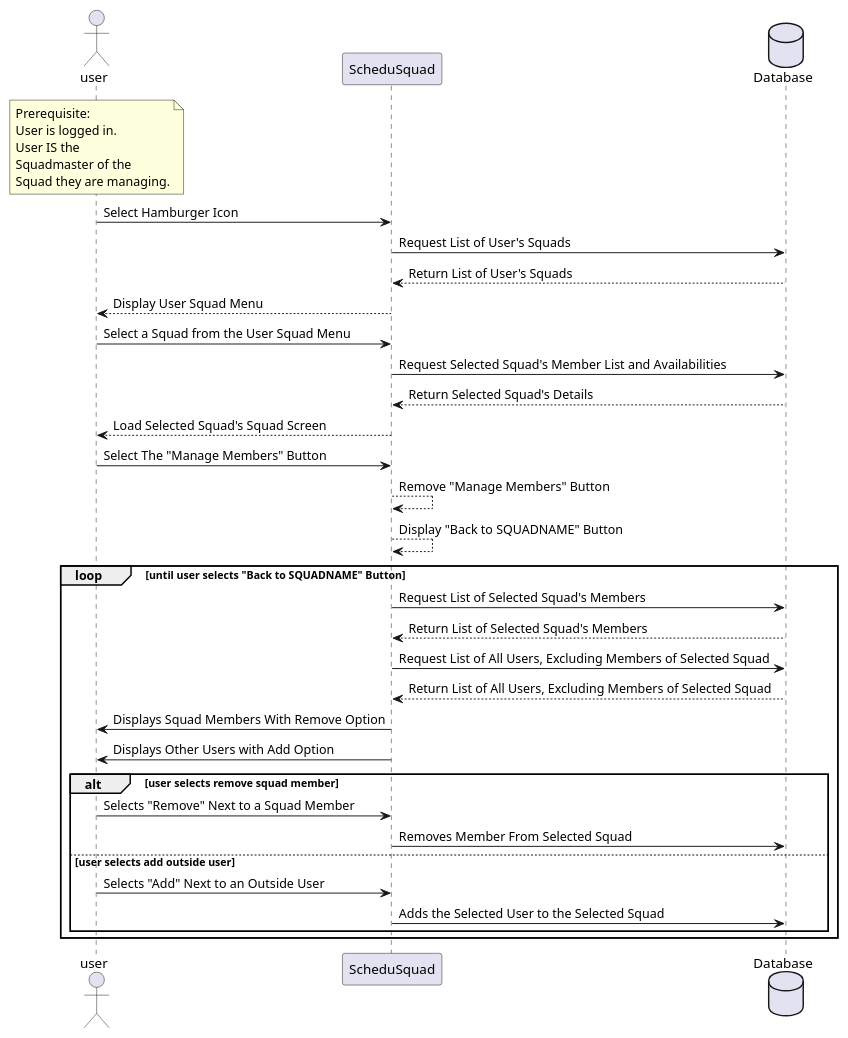
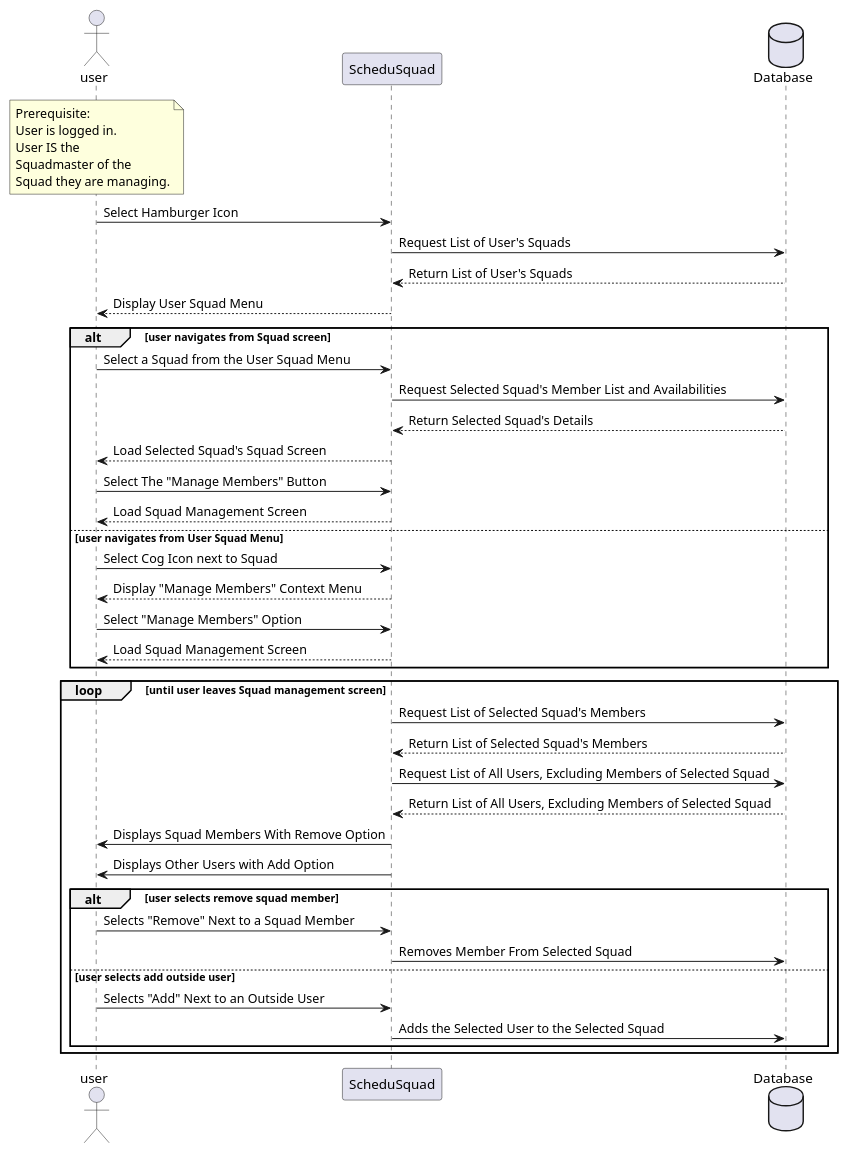
Before and after one commit to dhilbmann/ScheduSquad: the diagram in plantuml/SequenceDiagrams/manageSquad.plantuml, drawn with PlantUML. The commit also changed 6 other files, not shown here.

Commit message:
Updating plantuml sequence diagrams for final project submission.

```diff
--- a/plantuml/SequenceDiagrams/manageSquad.plantuml
+++ b/plantuml/SequenceDiagrams/manageSquad.plantuml
@@ -1,42 +1,48 @@
 @startuml Manage Squad
 actor user
 participant ScheduSquad as app
 database Database as db
 
 note over user
 Prerequisite:
 User is logged in.
 User IS the
 Squadmaster of the
 Squad they are managing.
 end note
 
 user -> app : Select Hamburger Icon
 app -> db : Request List of User's Squads
 db --> app : Return List of User's Squads
 app --> user : Display User Squad Menu
-user -> app : Select a Squad from the User Squad Menu
-app -> db : Request Selected Squad's Member List and Availabilities
-db --> app : Return Selected Squad's Details
-app --> user : Load Selected Squad's Squad Screen
-user -> app : Select The "Manage Members" Button
-app --> app : Remove "Manage Members" Button
-app --> app : Display "Back to SQUADNAME" Button
+alt user navigates from Squad screen
+    user -> app : Select a Squad from the User Squad Menu
+    app -> db : Request Selected Squad's Member List and Availabilities
+    db --> app : Return Selected Squad's Details
+    app --> user : Load Selected Squad's Squad Screen
+    user -> app : Select The "Manage Members" Button
+    app --> user : Load Squad Management Screen
+else user navigates from User Squad Menu
+    user -> app : Select Cog Icon next to Squad
+    app --> user : Display "Manage Members" Context Menu
+    user -> app : Select "Manage Members" Option
+    app --> user : Load Squad Management Screen
+end
 
-loop until user selects "Back to SQUADNAME" Button
+loop until user leaves Squad management screen
     app -> db : Request List of Selected Squad's Members
     db --> app : Return List of Selected Squad's Members
     app -> db : Request List of All Users, Excluding Members of Selected Squad
     db --> app : Return List of All Users, Excluding Members of Selected Squad
     app -> user : Displays Squad Members With Remove Option
     app -> user : Displays Other Users with Add Option
 
     alt user selects remove squad member
         user -> app : Selects "Remove" Next to a Squad Member
         app -> db : Removes Member From Selected Squad
     else user selects add outside user
         user -> app : Selects "Add" Next to an Outside User
         app -> db : Adds the Selected User to the Selected Squad
     end
 end
 @enduml
```
